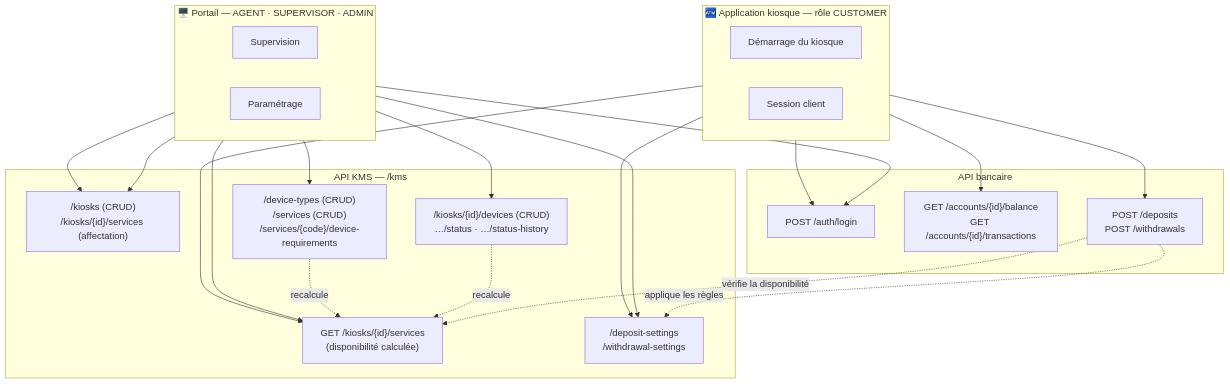
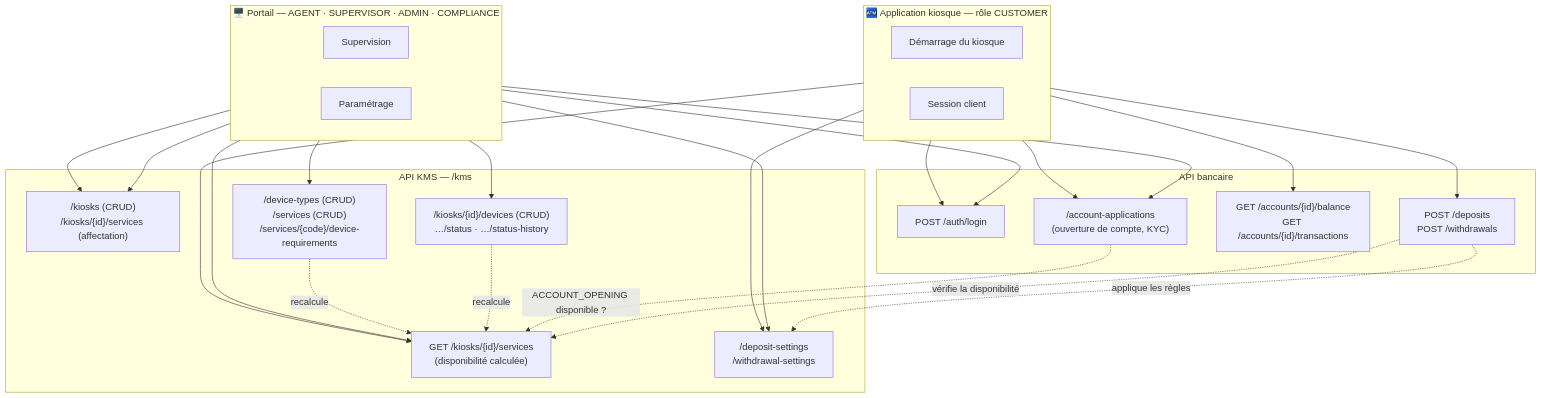
The first of 18 diagrams in docs/api/FLOWS.md (elghyati/als_front_gestionticket), drawn with Mermaid before and after one commit. The commit also changed other lines of this file and 21 other files, not shown here.

````diff
--- a/docs/api/FLOWS.md
+++ b/docs/api/FLOWS.md
@@ -26,36 +30,39 @@
 ```mermaid
 flowchart TB
     subgraph K["🏧 Application kiosque — rôle CUSTOMER"]
         direction LR
         K1[Démarrage du kiosque]
         K2[Session client]
     end
-    subgraph P["🖥️ Portail — AGENT · SUPERVISOR · ADMIN"]
+    subgraph P["🖥️ Portail — AGENT · SUPERVISOR · ADMIN · COMPLIANCE"]
         direction LR
         P1[Supervision]
         P2[Paramétrage]
     end
 
     subgraph BANK["API bancaire"]
         AUTH["POST /auth/login"]
+        APPL["/account-applications<br/>(ouverture de compte, KYC)"]
         ACC["GET /accounts/{id}/balance<br/>GET /accounts/{id}/transactions"]
         TX["POST /deposits<br/>POST /withdrawals"]
     end
     subgraph KMS["API KMS — /kms"]
         KSVC["GET /kiosks/{id}/services<br/>(disponibilité calculée)"]
         SET["/deposit-settings<br/>/withdrawal-settings"]
         KIO["/kiosks (CRUD)<br/>/kiosks/{id}/services (affectation)"]
         DEV["/kiosks/{id}/devices (CRUD)<br/>…/status · …/status-history"]
         CAT["/device-types (CRUD)<br/>/services (CRUD)<br/>/services/{code}/device-requirements"]
     end
 
     K1 --> KSVC & SET
     K2 --> AUTH & ACC & TX
-    P1 --> AUTH & KIO & DEV & KSVC
+    K1 --> APPL
+    P1 --> AUTH & KIO & DEV & KSVC & APPL
     P2 --> KIO & CAT & SET
 
     TX -. "vérifie la disponibilité" .-> KSVC
     TX -. "applique les règles" .-> SET
+    APPL -. "ACCOUNT_OPENING disponible ?" .-> KSVC
     DEV -. "recalcule" .-> KSVC
     CAT -. "recalcule" .-> KSVC
 ```
````
